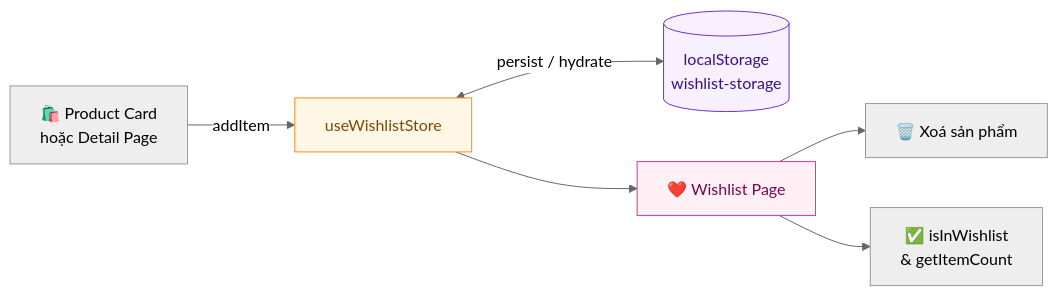
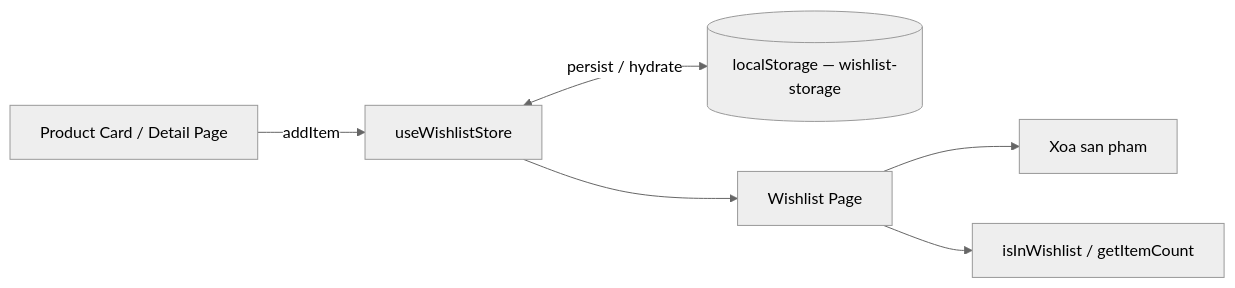
Before and after one commit to NguyenDinhDang/Docs-E-commerce: the fifth of 10 diagrams in 07-so-do-mermaid.md, drawn with Mermaid (neutral theme). The commit also changed other lines of this file, not shown here.

Commit message:
Fix mermaid code

````diff
--- a/07-so-do-mermaid.md
+++ b/07-so-do-mermaid.md
@@ -125,15 +108,11 @@
 ```mermaid
 flowchart LR
-    Trigger[🛍️ Product Card\nhoặc Detail Page]
+    Trigger[Product Card / Detail Page]
 
     Trigger -->|addItem| WS[useWishlistStore]
-    WS <-->|persist / hydrate| LS[(localStorage\nwishlist-storage)]
-    WS --> WP[❤️ Wishlist Page]
+    WS <-->|persist / hydrate| LS[(localStorage — wishlist-storage)]
+    WS --> WP[Wishlist Page]
 
-    WP --> RM[🗑️ Xoá sản phẩm]
-    WP --> Check[✅ isInWishlist\n& getItemCount]
-
-    style WS fill:#fff7e6,stroke:#fa8c16,color:#7c4a00
-    style LS fill:#f9f0ff,stroke:#722ed1,color:#391085
-    style WP fill:#fff0f6,stroke:#eb2f96,color:#780650
+    WP --> RM[Xoa san pham]
+    WP --> Check[isInWishlist / getItemCount]
 ```
````
